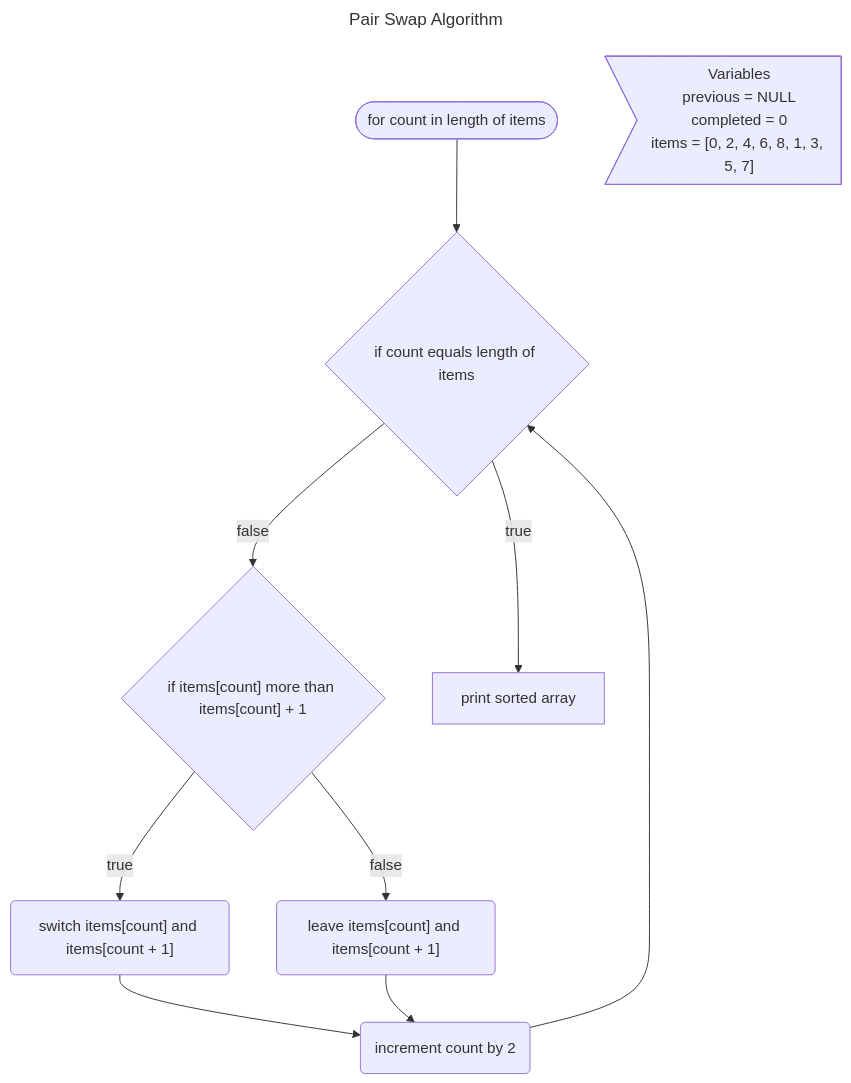
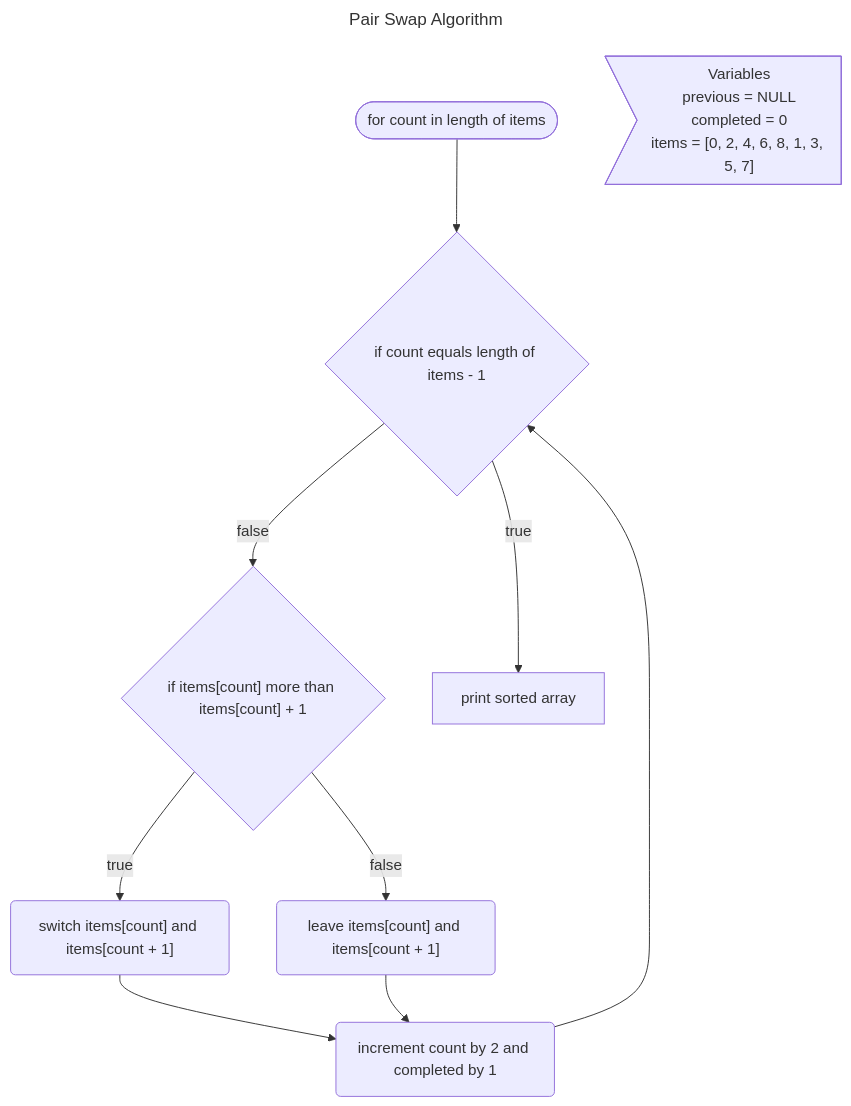
Before and after one commit to maclong9/harvard-compsci: the fifth of 5 diagrams in CS50/03-Algorithms/README.md, drawn with Mermaid.

Commit message:
fix: added - 1

````diff
--- a/CS50/03-Algorithms/README.md
+++ b/CS50/03-Algorithms/README.md
@@ -116,16 +116,16 @@
 ``` mermaid
 ---
 title: Pair Swap Algorithm
 ---
 
 flowchart TD
     vars>"Variables\nprevious = NULL\ncompleted = 0\nitems = [0, 2, 4, 6, 8, 1, 3, 5, 7]"]
     1(["for count in length of items"]) -->
-    2{"if count equals length of items"} 
+    2{"if count equals length of items - 1"} 
     2 --> |true| 8["print sorted array"]
     2 --> |false| 3
     3{"if items[count] more than items[count] + 1"}
     3 --> |true| 5("switch items[count] and items[count + 1]")
     3 --> |false| 6("leave items[count] and items[count + 1]")
-    5 & 6 --> 7("increment count by 2") --> 2
+    5 & 6 --> 7("increment count by 2 and completed by 1") --> 2
 ``` 
````
